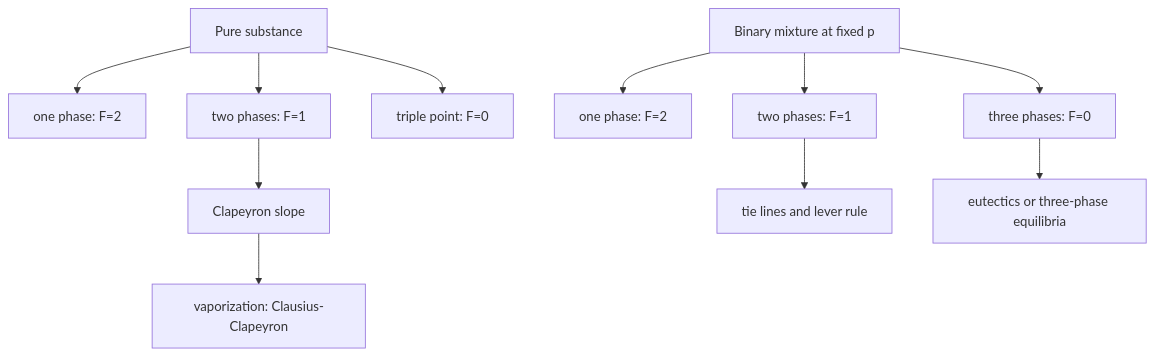
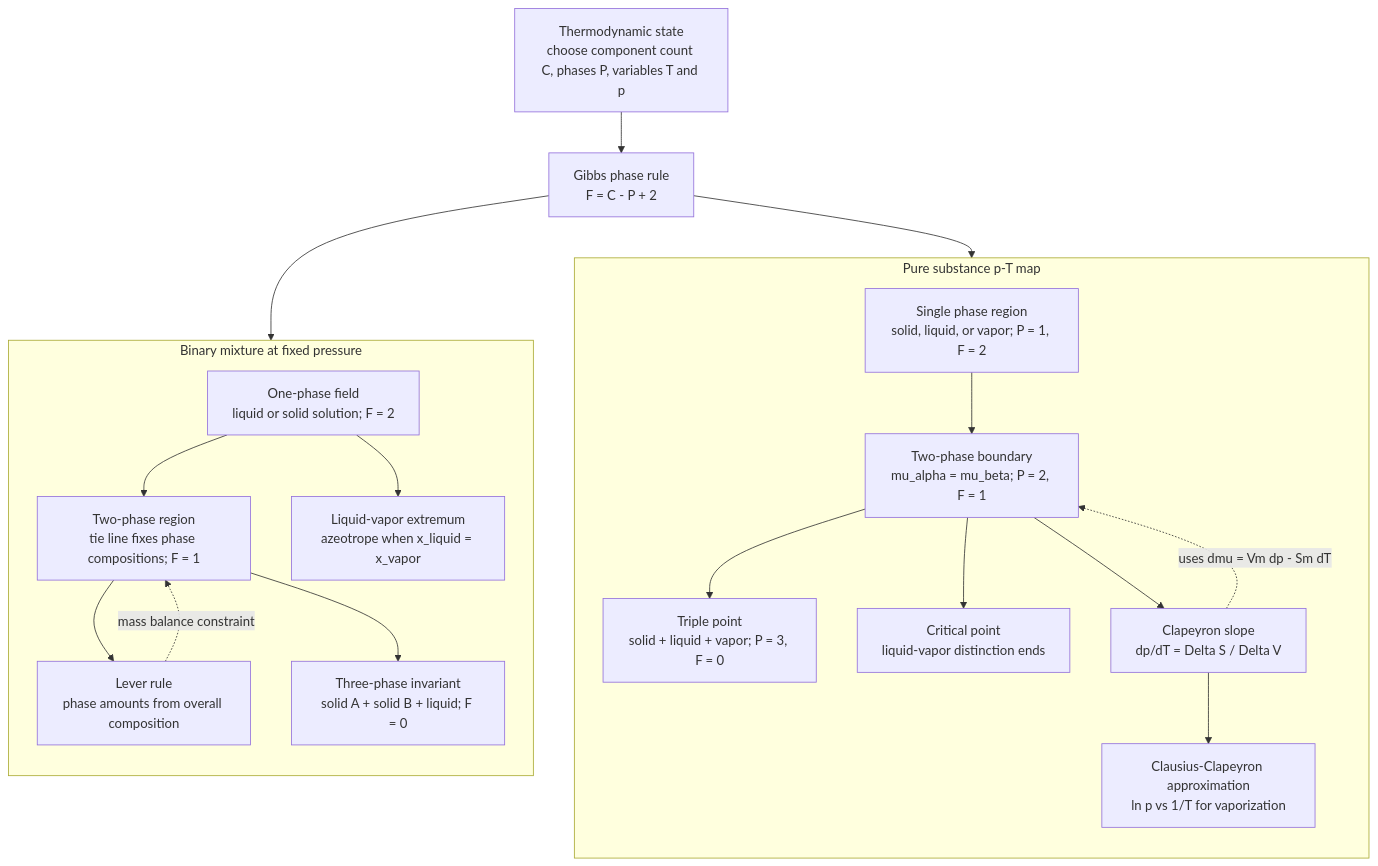
The diagram in docs/chemistry/physical-chemistry/phase-transitions-and-phase-diagrams.md (justinbrianhwang/SJ-wiki), drawn with Mermaid before and after one commit. The commit also changed other lines of this file and 1858 other files, not shown here.

Commit message:
Upgrade Mermaid diagrams to real architecture level across DL/CS-systems/CS-applied/QIS/Physics+Math+Chem (~728 mermaid blocks total): detailed sublayers, residuals, dimensions, shape transitions, subgraph grouping

````diff
--- a/docs/chemistry/physical-chemistry/phase-transitions-and-phase-diagrams.md
+++ b/docs/chemistry/physical-chemistry/phase-transitions-and-phase-diagrams.md
@@ -135,13 +131,26 @@
 ```mermaid
-graph TD
-  A[Pure substance] --> B["one phase: F=2"]
-  A --> C["two phases: F=1"]
-  A --> D["triple point: F=0"]
-  C --> E[Clapeyron slope]
-  E --> F["vaporization: Clausius-Clapeyron"]
-  G[Binary mixture at fixed p] --> H["one phase: F=2"]
-  G --> I["two phases: F=1"]
-  G --> J["three phases: F=0"]
-  I --> K[tie lines and lever rule]
-  J --> L[eutectics or three-phase equilibria]
+flowchart TB
+  Start["Thermodynamic state<br/>choose component count C, phases P, variables T and p"] --> Rule["Gibbs phase rule<br/>F = C - P + 2"]
+
+  subgraph Pure["Pure substance p-T map"]
+    direction TB
+    Pure1["Single phase region<br/>solid, liquid, or vapor; P = 1, F = 2"] --> Boundary["Two-phase boundary<br/>mu_alpha = mu_beta; P = 2, F = 1"]
+    Boundary --> Triple["Triple point<br/>solid + liquid + vapor; P = 3, F = 0"]
+    Boundary --> Critical["Critical point<br/>liquid-vapor distinction ends"]
+    Boundary --> Slope["Clapeyron slope<br/>dp/dT = Delta S / Delta V"]
+    Slope --> CC["Clausius-Clapeyron approximation<br/>ln p vs 1/T for vaporization"]
+  end
+
+  subgraph Binary["Binary mixture at fixed pressure"]
+    direction TB
+    Bin1["One-phase field<br/>liquid or solid solution; F = 2"] --> Bin2["Two-phase region<br/>tie line fixes phase compositions; F = 1"]
+    Bin2 --> Lever["Lever rule<br/>phase amounts from overall composition"]
+    Bin2 --> Eutectic["Three-phase invariant<br/>solid A + solid B + liquid; F = 0"]
+    Bin1 --> Azeo["Liquid-vapor extremum<br/>azeotrope when x_liquid = x_vapor"]
+  end
+
+  Rule --> Pure1
+  Rule --> Bin1
+  Slope -. "uses dmu = Vm dp - Sm dT" .-> Boundary
+  Lever -. "mass balance constraint" .-> Bin2
 ```
````
